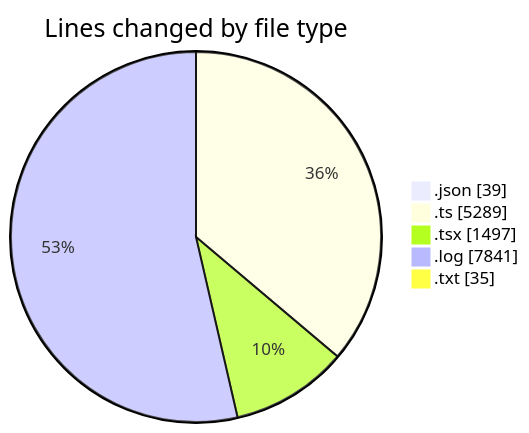
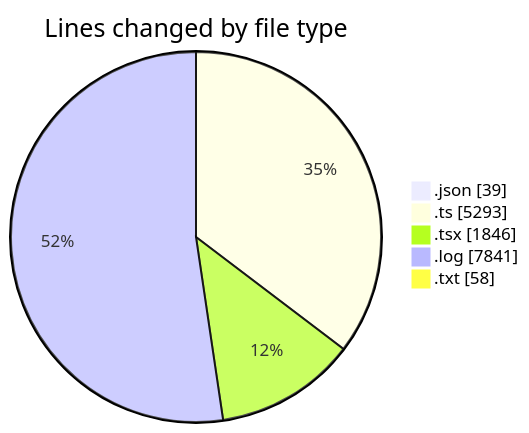
Before and after one commit to lephambinh05/code-tracking: the first of 2 diagrams in 2025-09-13/napxuvn/README.md, drawn with Mermaid. The commit also changed other lines of this file and 1 other file, not shown here.

````diff
--- a/2025-09-13/napxuvn/README.md
+++ b/2025-09-13/napxuvn/README.md
@@ -54,9 +56,9 @@
 ```mermaid
 pie showData
 title Lines changed by file type
 ".json" : 39
-".ts" : 5289
-".tsx" : 1497
+".ts" : 5293
+".tsx" : 1846
 ".log" : 7841
-".txt" : 35
+".txt" : 58
 ```
````
